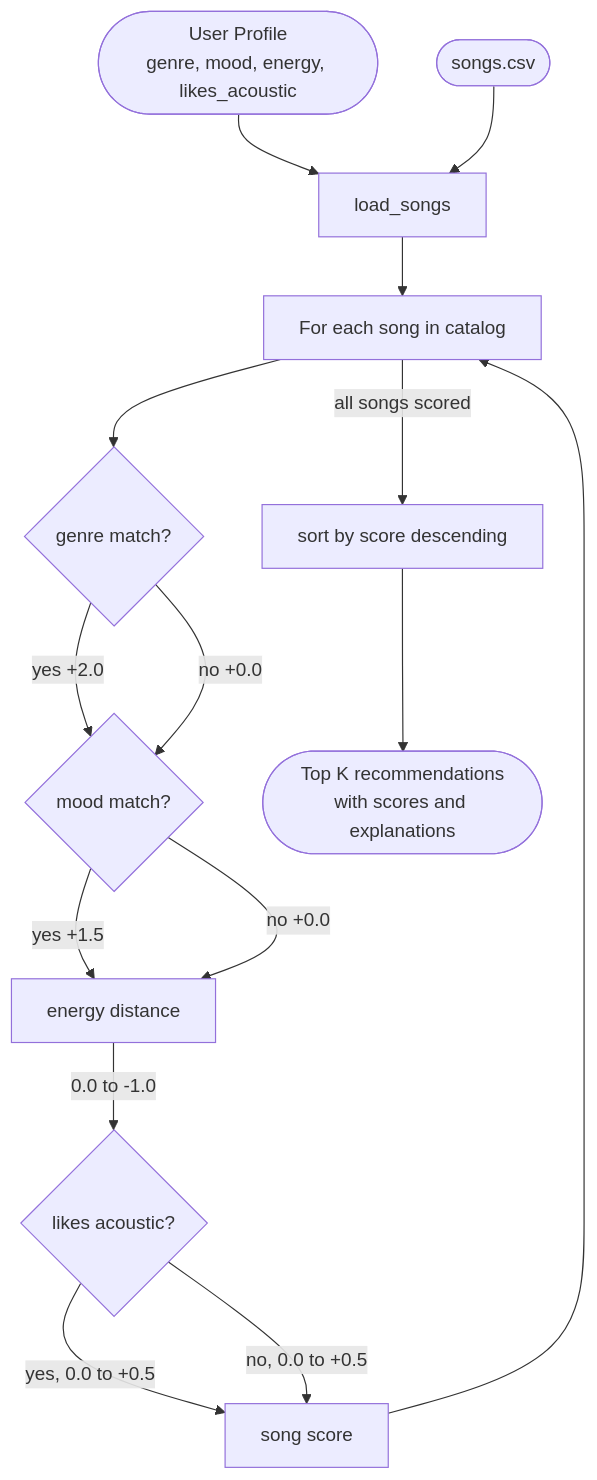
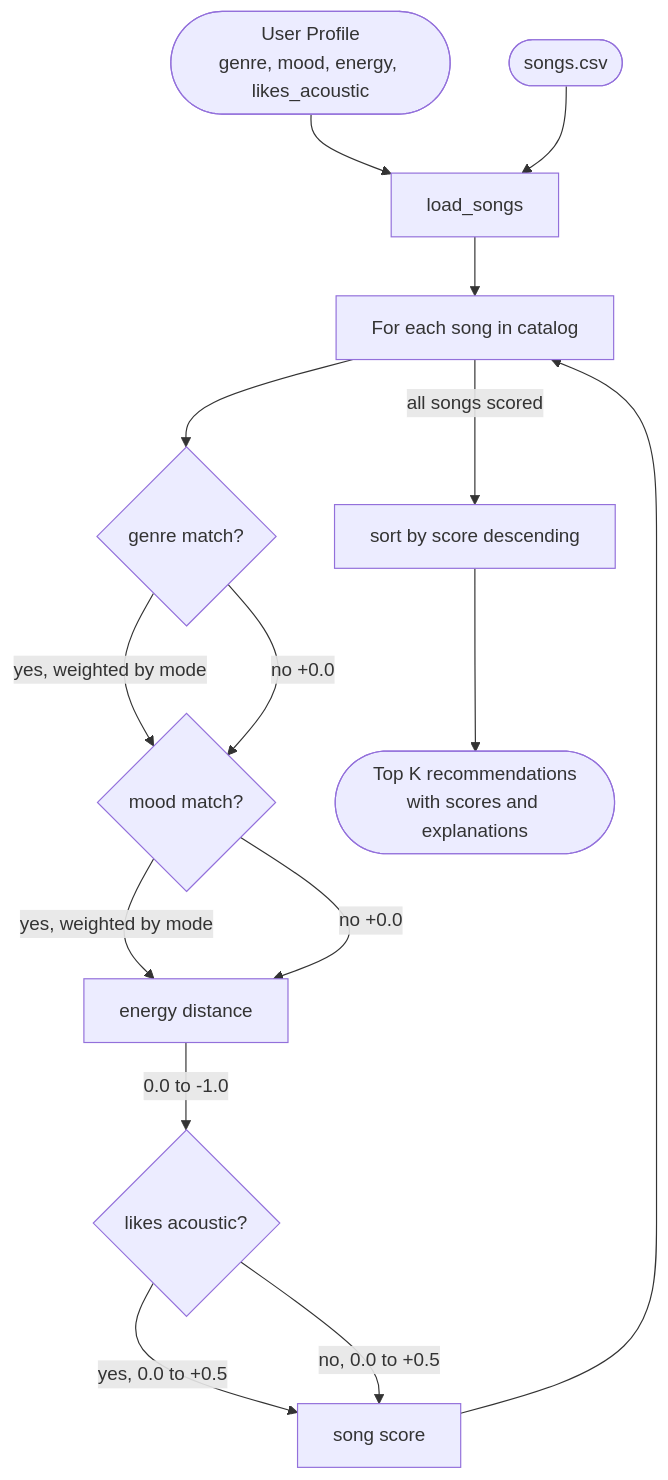
Before and after one commit to Mebsina/ai110-module3show-musicrecommendersimulation-starter: the diagram in README.md, drawn with Mermaid. The commit also changed other lines of this file and 1 other file, not shown here.

Commit message:
update mode flag information

````diff
--- a/README.md
+++ b/README.md
@@ -41,17 +41,17 @@
 ```mermaid
 flowchart TD
     A([User Profile\ngenre, mood, energy, likes_acoustic]) --> C
     B([songs.csv]) --> C[load_songs]
     C --> D[For each song in catalog]
     D --> E{genre match?}
-    E -- yes +2.0 --> H{mood match?}
+    E -- yes, weighted by mode --> H{mood match?}
     E -- no +0.0 --> H
-    H -- yes +1.5 --> K{energy distance}
+    H -- yes, weighted by mode --> K{energy distance}
     H -- no +0.0 --> K
     K["energy distance"] -- "0.0 to -1.0" --> L{likes acoustic?}
     L -- "yes, 0.0 to +0.5" --> M[song score]
     L -- "no, 0.0 to +0.5" --> M
     M --> D
     D -- all songs scored --> N[sort by score descending]
     N --> O([Top K recommendations\nwith scores and explanations])
 ```
````
